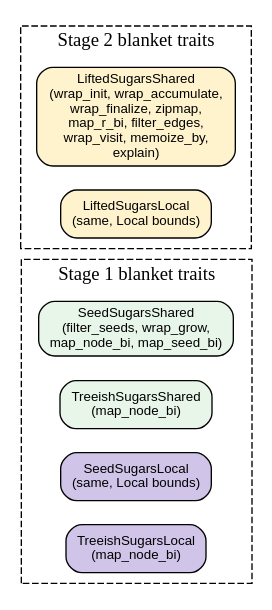
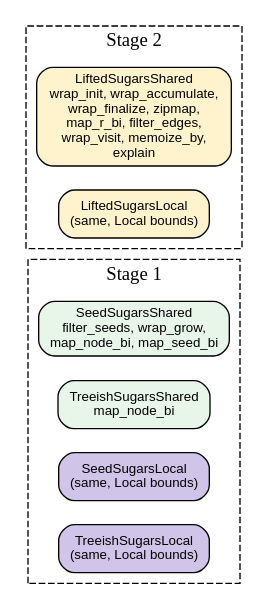
Before and after one commit to hylic-recursion/hylic-docs: the diagram in book/src/pipeline/sugars.md, drawn with Graphviz. The commit also changed other lines of this file and 8 other files, not shown here.

````diff
--- a/book/src/pipeline/sugars.md
+++ b/book/src/pipeline/sugars.md
@@ -8,22 +73,19 @@
 ```dot process
 digraph {
     rankdir=LR;
     node [shape=box, style="rounded,filled", fontname="sans-serif", fontsize=10];
     edge [fontname="sans-serif", fontsize=9];
-
     subgraph cluster_s1 {
-        label="Stage 1 blanket traits";
-        style=dashed;
-        sss [label="SeedSugarsShared\n(filter_seeds, wrap_grow,\nmap_node_bi, map_seed_bi)", fillcolor="#e8f5e9"];
-        tss [label="TreeishSugarsShared\n(map_node_bi)", fillcolor="#e8f5e9"];
-        ssl [label="SeedSugarsLocal\n(same, Local bounds)", fillcolor="#d1c4e9"];
-        tsl [label="TreeishSugarsLocal\n(map_node_bi)", fillcolor="#d1c4e9"];
+        label="Stage 1"; style=dashed; color="#888";
+        sss [label="SeedSugarsShared\nfilter_seeds, wrap_grow,\nmap_node_bi, map_seed_bi", fillcolor="#e8f5e9"];
+        tss [label="TreeishSugarsShared\nmap_node_bi", fillcolor="#e8f5e9"];
+        ssl [label="SeedSugarsLocal\n(same, Local bounds)",   fillcolor="#d1c4e9"];
+        tsl [label="TreeishSugarsLocal\n(same, Local bounds)", fillcolor="#d1c4e9"];
     }
     subgraph cluster_s2 {
-        label="Stage 2 blanket traits";
-        style=dashed;
-        lss [label="LiftedSugarsShared\n(wrap_init, wrap_accumulate,\nwrap_finalize, zipmap,\nmap_r_bi, filter_edges,\nwrap_visit, memoize_by,\nexplain)", fillcolor="#fff3cd"];
+        label="Stage 2"; style=dashed; color="#888";
+        lss [label="LiftedSugarsShared\nwrap_init, wrap_accumulate,\nwrap_finalize, zipmap,\nmap_r_bi, filter_edges,\nwrap_visit, memoize_by,\nexplain", fillcolor="#fff3cd"];
         lsl [label="LiftedSugarsLocal\n(same, Local bounds)", fillcolor="#fff3cd"];
     }
 }
 ```
````
